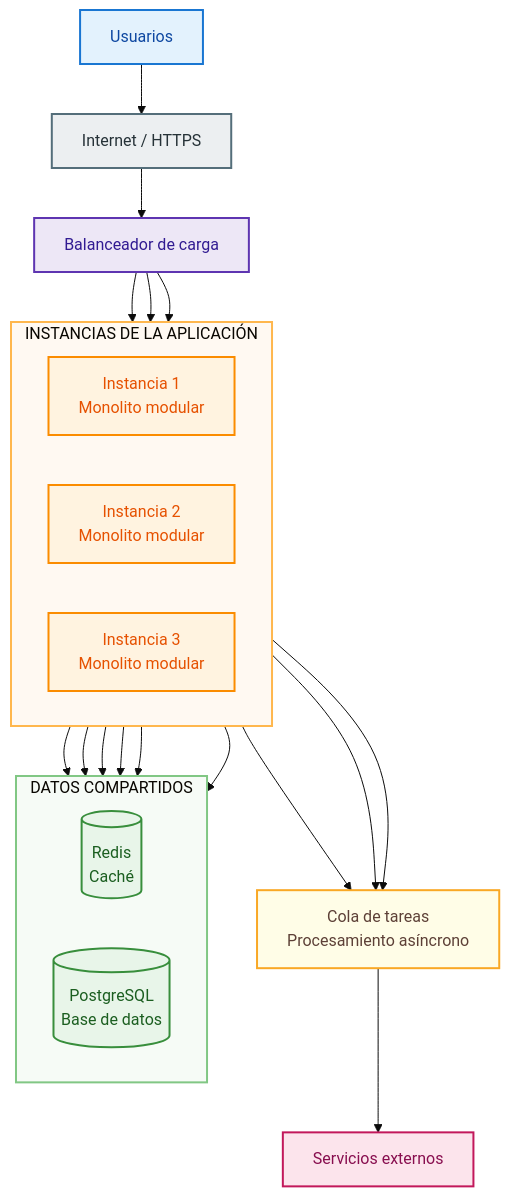
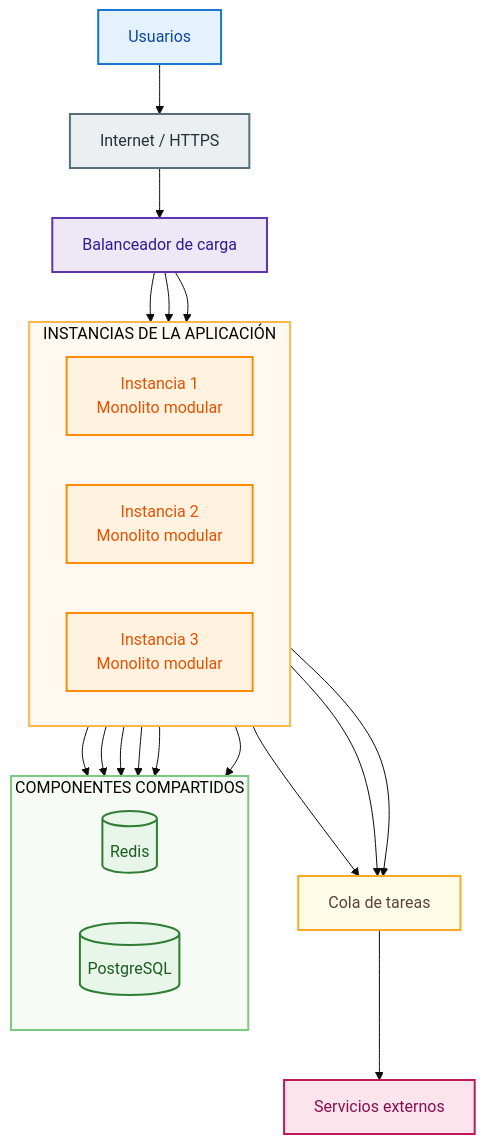
One commit to Roki-7/PlataformaServicios-Arquitectura-Anderson-Ochoa changed the fourth of 7 diagrams in arquitectura/arquitectura-inicial.md. Above: the diagram before and after it, drawn with Mermaid (base theme). The commit also changed other lines of this file, not shown here.

Commit message:
docs: reorganizar arquitectura con diagramas profesionales

````diff
--- a/arquitectura/arquitectura-inicial.md
+++ b/arquitectura/arquitectura-inicial.md
@@ -415,69 +266,60 @@
 ```mermaid
 flowchart TB
 
     USERS["Usuarios"]
-
-    INTERNET["Internet / HTTPS"]
-
+    NET["Internet / HTTPS"]
     LB["Balanceador de carga"]
 
-    subgraph BACKENDS["INSTANCIAS DE LA APLICACIÓN"]
+    subgraph APPS["INSTANCIAS DE LA APLICACIÓN"]
         direction LR
-
         B1["Instancia 1<br/>Monolito modular"]
         B2["Instancia 2<br/>Monolito modular"]
         B3["Instancia 3<br/>Monolito modular"]
     end
 
-    subgraph DATA["DATOS COMPARTIDOS"]
+    subgraph STORE["COMPONENTES COMPARTIDOS"]
         direction LR
-
-        REDIS[("Redis<br/>Caché")]
-        DB[("PostgreSQL<br/>Base de datos")]
+        R[("Redis")]
+        PG[("PostgreSQL")]
     end
 
-    COLA["Cola de tareas<br/>Procesamiento asíncrono"]
+    Q["Cola de tareas"]
+    SX["Servicios externos"]
 
-    EXTERNOS["Servicios externos"]
-
-    USERS --> INTERNET
-    INTERNET --> LB
-
+    USERS --> NET --> LB
     LB --> B1
     LB --> B2
     LB --> B3
 
-    B1 --> REDIS
-    B2 --> REDIS
-    B3 --> REDIS
+    B1 --> R
+    B2 --> R
+    B3 --> R
 
-    B1 --> DB
-    B2 --> DB
-    B3 --> DB
+    B1 --> PG
+    B2 --> PG
+    B3 --> PG
 
-    B1 --> COLA
-    B2 --> COLA
-    B3 --> COLA
-
-    COLA --> EXTERNOS
-
+    B1 --> Q
+    B2 --> Q
+    B3 --> Q
+    Q --> SX
 
     classDef users fill:#E3F2FD,stroke:#1976D2,color:#0D47A1,stroke-width:2px;
-    classDef network fill:#ECEFF1,stroke:#546E7A,color:#263238,stroke-width:2px;
-    classDef balancer fill:#EDE7F6,stroke:#5E35B1,color:#311B92,stroke-width:2px;
-    classDef backend fill:#FFF3E0,stroke:#FB8C00,color:#E65100,stroke-width:2px;
-    classDef data fill:#E8F5E9,stroke:#388E3C,color:#1B5E20,stroke-width:2px;
+    classDef net fill:#ECEFF1,stroke:#546E7A,color:#263238,stroke-width:2px;
+    classDef bal fill:#EDE7F6,stroke:#5E35B1,color:#311B92,stroke-width:2px;
+    classDef app fill:#FFF3E0,stroke:#FB8C00,color:#E65100,stroke-width:2px;
+    classDef data fill:#E8F5E9,stroke:#2E7D32,color:#1B5E20,stroke-width:2px;
     classDef async fill:#FFFDE7,stroke:#F9A825,color:#5D4037,stroke-width:2px;
-    classDef external fill:#FCE4EC,stroke:#C2185B,color:#880E4F,stroke-width:2px;
+    classDef ext fill:#FCE4EC,stroke:#C2185B,color:#880E4F,stroke-width:2px;
 
     class USERS users;
-    class INTERNET network;
-    class LB balancer;
-    class B1,B2,B3 backend;
-    class REDIS,DB data;
-    class COLA async;
-    class EXTERNOS external;
+    class NET net;
+    class LB bal;
+    class B1,B2,B3 app;
+    class R,PG data;
+    class Q async;
+    class SX ext;
 
-    style BACKENDS fill:#FFF9F2,stroke:#FFB74D,stroke-width:2px
-    style DATA fill:#F6FBF6,stroke:#81C784,stroke-width:2px
+    style APPS fill:#FFF9F2,stroke:#FFB74D,stroke-width:2px
+    style STORE fill:#F6FBF6,stroke:#81C784,stroke-width:2px
 ```
````
